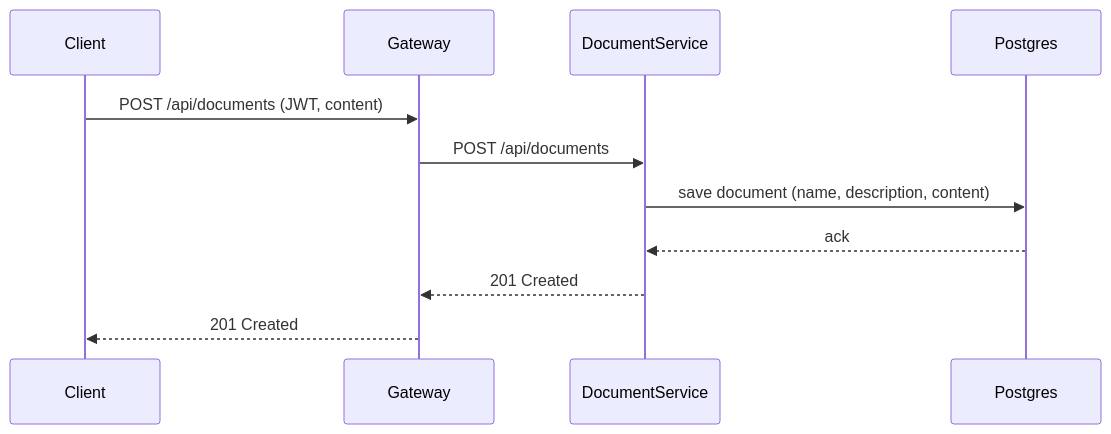
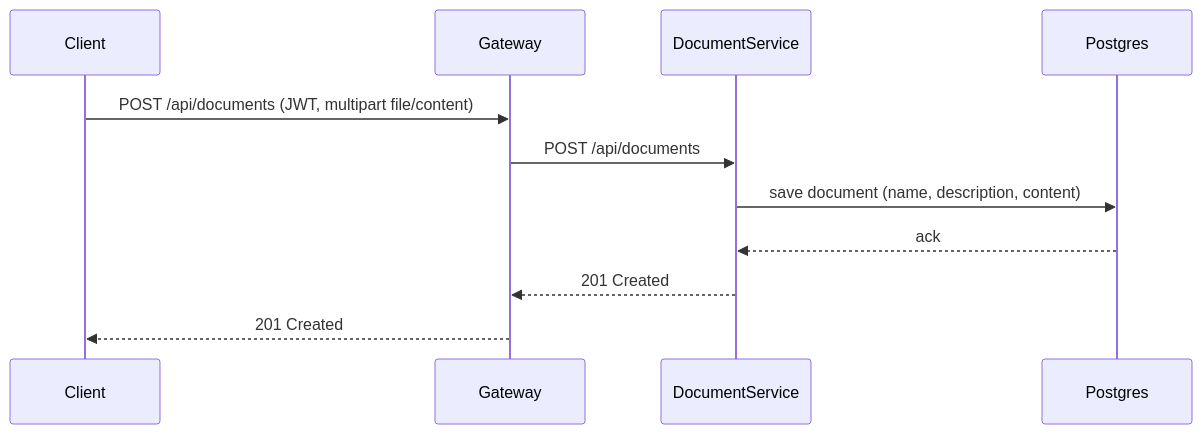
The first of 4 diagrams in docs/rag-call-flow.md (dbeaumont/knowledge-app), drawn with Mermaid before and after one commit. The commit also changed other lines of this file and 56 other files, not shown here.

````diff
--- a/docs/rag-call-flow.md
+++ b/docs/rag-call-flow.md
@@ -9,14 +14,14 @@
 ```mermaid
 sequenceDiagram
     participant Client
     participant Gateway
     participant DocumentService
     participant Postgres
 
-    Client->>Gateway: POST /api/documents (JWT, content)
+    Client->>Gateway: POST /api/documents (JWT, multipart file/content)
     Gateway->>DocumentService: POST /api/documents
     DocumentService->>Postgres: save document (name, description, content)
     Postgres-->>DocumentService: ack
     DocumentService-->>Gateway: 201 Created
     Gateway-->>Client: 201 Created
 ```
````
